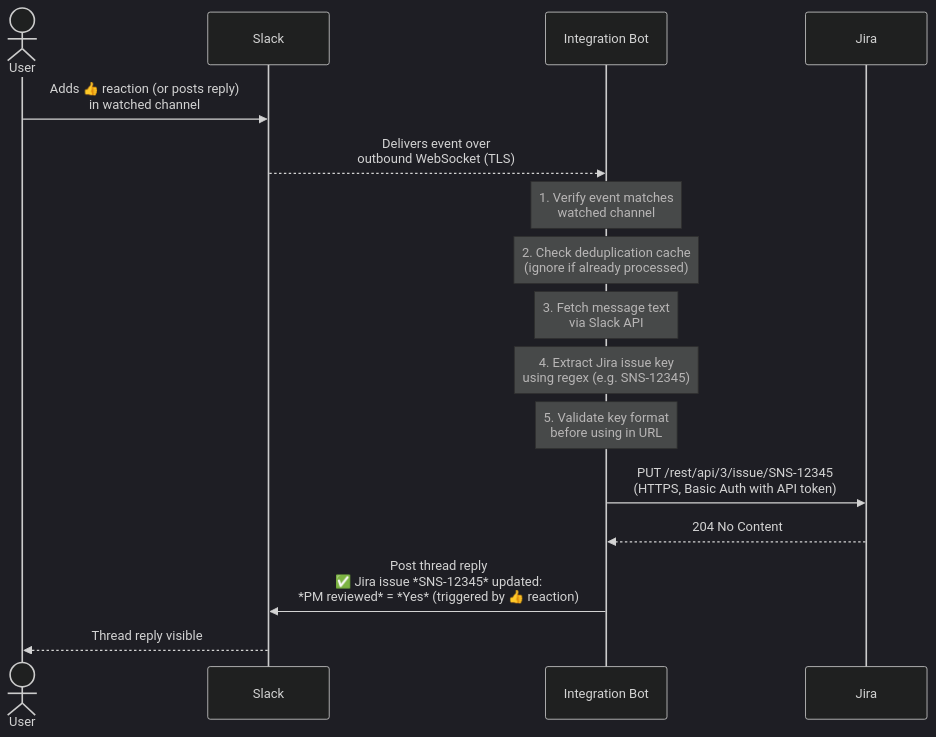
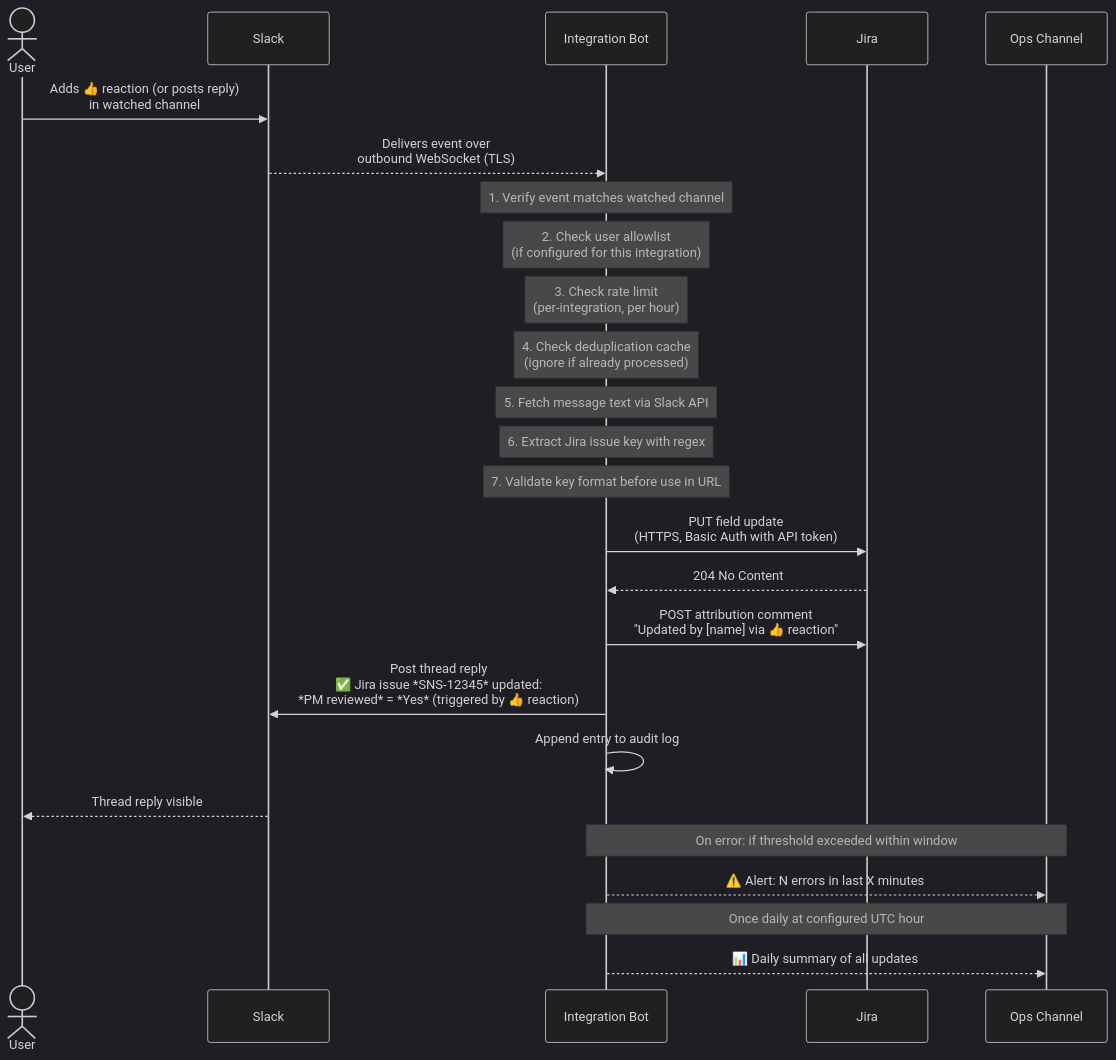
One commit to omerm55/mySlackAgent changed the second of 2 diagrams in docs/architecture.md. Above: the diagram before and after it, drawn with Mermaid (dark theme). The commit also changed other lines of this file, not shown here.

First line of the commit message:
docs: update architecture doc to reflect all production readiness changes

````diff
--- a/docs/architecture.md
+++ b/docs/architecture.md
@@ -40,23 +44,35 @@
 ```mermaid
 sequenceDiagram
     actor User
     participant Slack
     participant Bot as Integration Bot
     participant Jira
+    participant Ops as Ops Channel
 
     User->>Slack: Adds 👍 reaction (or posts reply)<br/>in watched channel
 
     Slack-->>Bot: Delivers event over<br/>outbound WebSocket (TLS)
 
-    Note over Bot: 1. Verify event matches<br/>   watched channel
-    Note over Bot: 2. Check deduplication cache<br/>   (ignore if already processed)
-    Note over Bot: 3. Fetch message text<br/>   via Slack API
-    Note over Bot: 4. Extract Jira issue key<br/>   using regex (e.g. SNS-12345)
-    Note over Bot: 5. Validate key format<br/>   before using in URL
+    Note over Bot: 1. Verify event matches watched channel
+    Note over Bot: 2. Check user allowlist<br/>   (if configured for this integration)
+    Note over Bot: 3. Check rate limit<br/>   (per-integration, per hour)
+    Note over Bot: 4. Check deduplication cache<br/>   (ignore if already processed)
+    Note over Bot: 5. Fetch message text via Slack API
+    Note over Bot: 6. Extract Jira issue key with regex
+    Note over Bot: 7. Validate key format before use in URL
 
-    Bot->>Jira: PUT /rest/api/3/issue/SNS-12345<br/>(HTTPS, Basic Auth with API token)
+    Bot->>Jira: PUT field update<br/>(HTTPS, Basic Auth with API token)
     Jira-->>Bot: 204 No Content
 
+    Bot->>Jira: POST attribution comment<br/>"Updated by [name] via 👍 reaction"
     Bot->>Slack: Post thread reply<br/>✅ Jira issue *SNS-12345* updated:<br/>   *PM reviewed* = *Yes* (triggered by 👍 reaction)
+    Bot->>Bot: Append entry to audit log
+
     Slack-->>User: Thread reply visible
+
+    Note over Bot,Ops: On error: if threshold exceeded within window
+    Bot-->>Ops: ⚠️ Alert: N errors in last X minutes
+
+    Note over Bot,Ops: Once daily at configured UTC hour
+    Bot-->>Ops: 📊 Daily summary of all updates
 ```
````
